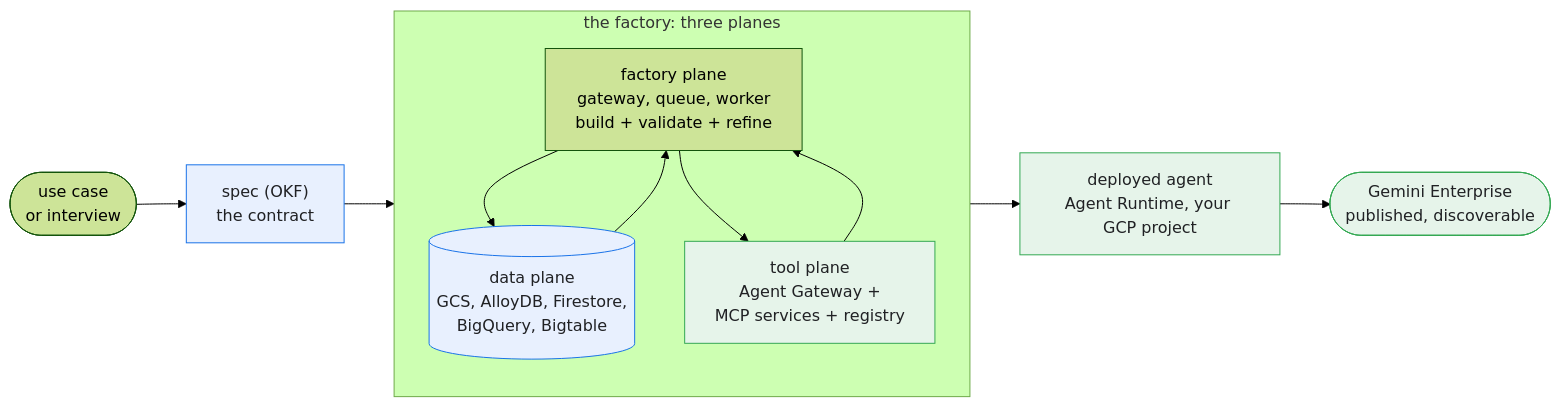
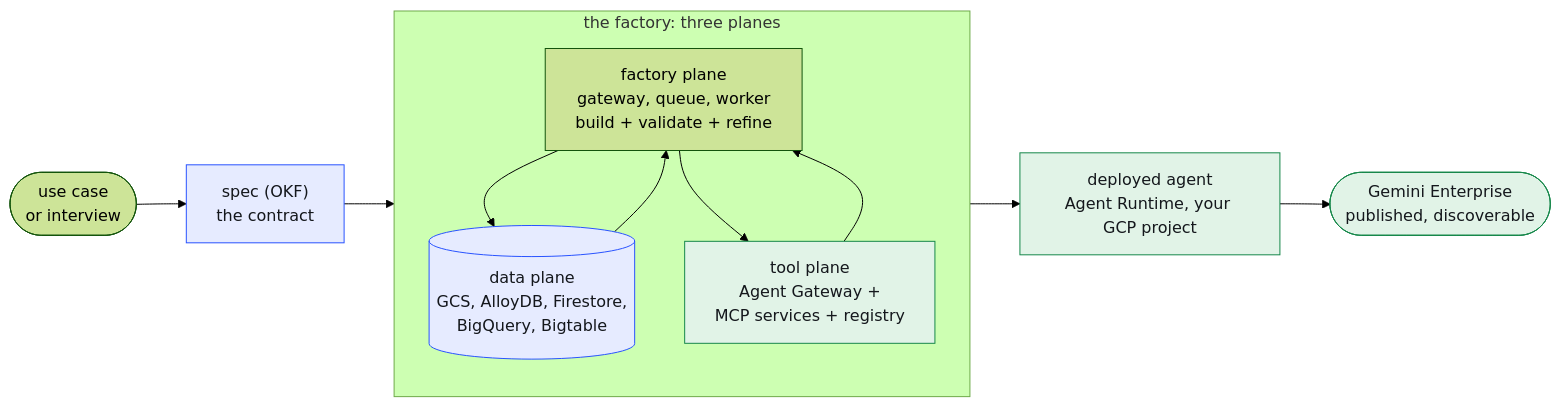
One commit to vamsiramakrishnan/ge-agent-factory changed the diagram in docs/diagrams-src/system-map.mmd. Above: the diagram before and after it, drawn with Mermaid (forest theme). The commit also changed 72 other files, not shown here.

```diff
--- a/docs/diagrams-src/system-map.mmd
+++ b/docs/diagrams-src/system-map.mmd
@@ -1,24 +1,24 @@
 flowchart LR
     UC(["use case\nor interview"]) --> SPEC["spec (OKF)\nthe contract"]
     SPEC --> FACTORY
 
     subgraph FACTORY["the factory: three planes"]
         direction TB
         FP["factory plane\ngateway, queue, worker\nbuild + validate + refine"]
         FP --> DP[("data plane\nGCS, AlloyDB, Firestore,\nBigQuery, Bigtable")]
         FP --> TP["tool plane\nAgent Gateway +\nMCP services + registry"]
         DP --> FP
         TP --> FP
     end
 
     FACTORY --> AGENT["deployed agent\nAgent Runtime, your GCP project"]
     AGENT --> GE(["Gemini Enterprise\npublished, discoverable"])
 
-    classDef contract fill:#e8f0fe,stroke:#1a73e8,color:#202124
-    classDef data fill:#e8f0fe,stroke:#1a73e8,color:#202124
-    classDef tool fill:#e6f4ea,stroke:#34a853,color:#202124
-    classDef release fill:#e6f4ea,stroke:#34a853,color:#202124
+    classDef contract fill:#e6ebff,stroke:#2953ff,color:#14171c
+    classDef data fill:#e6ebff,stroke:#2953ff,color:#14171c
+    classDef tool fill:#e1f3e7,stroke:#16874a,color:#14171c
+    classDef release fill:#e1f3e7,stroke:#16874a,color:#14171c
     class SPEC contract
     class DP data
     class TP tool
     class AGENT,GE release
```
